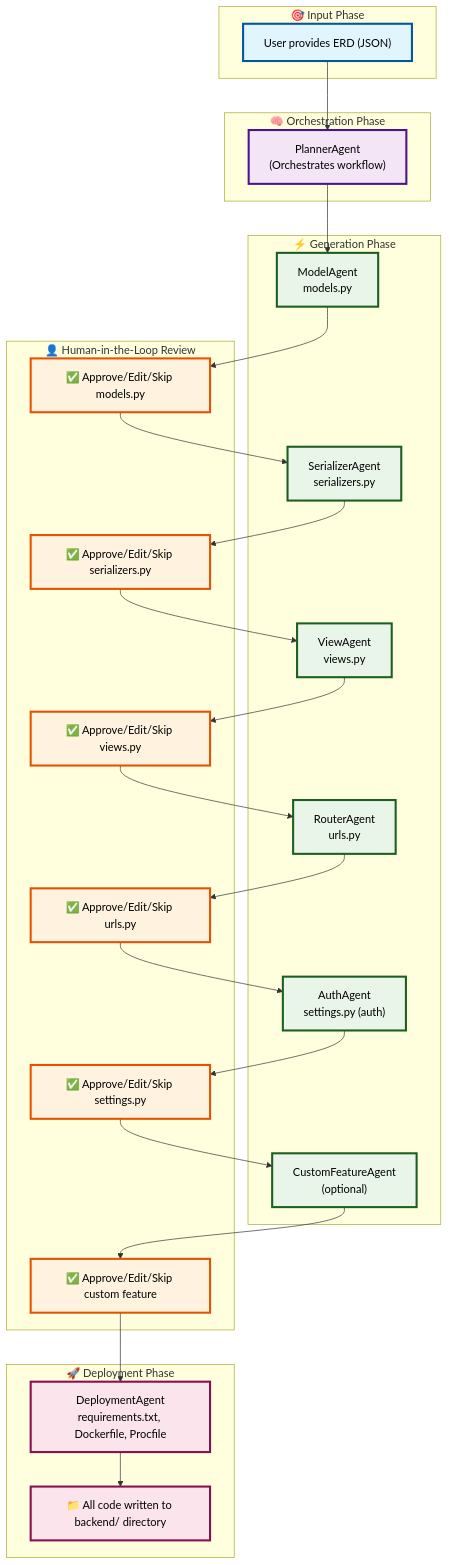
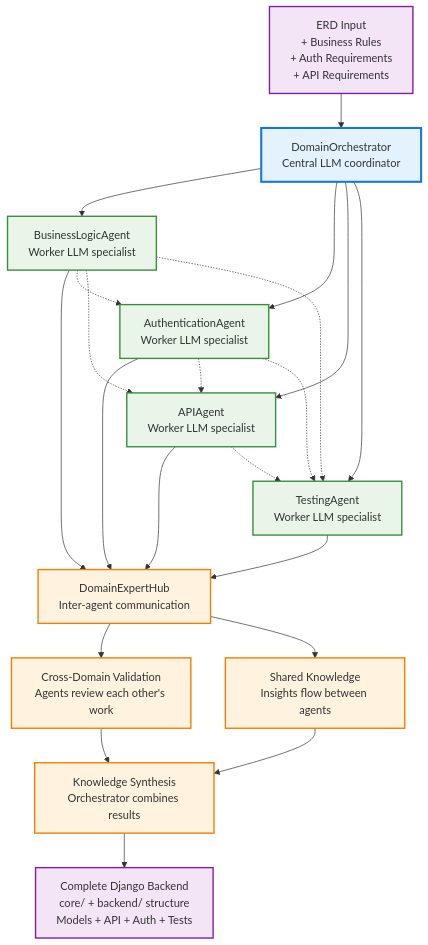
Before and after one commit to MohibShaikh/Agentic-Django-Backend-Generator: the diagram in README.md, drawn with Mermaid. The commit also changed other lines of this file and 26 other files, not shown here.

First line of the commit message:
Complete multi-agent system implementation with 4 specialized agents

````diff
--- a/README.md
+++ b/README.md
@@ -178,55 +228,41 @@
 ```mermaid
-flowchart TD
-    subgraph Input["🎯 Input Phase"]
-        A["User provides ERD (JSON)"]
-    end
-
-    subgraph Orchestration["🧠 Orchestration Phase"]
-        B["PlannerAgent<br/>(Orchestrates workflow)"]
-    end
-
-    subgraph Generation["⚡ Generation Phase"]
-        C1["ModelAgent<br/>models.py"]
-        C2["SerializerAgent<br/>serializers.py"]
-        C3["ViewAgent<br/>views.py"]
-        C4["RouterAgent<br/>urls.py"]
-        C5["AuthAgent<br/>settings.py (auth)"]
-        C6["CustomFeatureAgent<br/>(optional)"]
-    end
-
-    subgraph HITL_Review["👤 Human-in-the-Loop Review"]
-        D1["✅ Approve/Edit/Skip models.py"]
-        D2["✅ Approve/Edit/Skip serializers.py"]
-        D3["✅ Approve/Edit/Skip views.py"]
-        D4["✅ Approve/Edit/Skip urls.py"]
-        D5["✅ Approve/Edit/Skip settings.py"]
-        D6["✅ Approve/Edit/Skip custom feature"]
-    end
-
-    subgraph Deployment["🚀 Deployment Phase"]
-        E["DeploymentAgent<br/>requirements.txt, Dockerfile, Procfile"]
-        F["📁 All code written to backend/ directory"]
-    end
-
-    A --> B
-    B --> C1 --> D1
-    D1 --> C2 --> D2
-    D2 --> C3 --> D3
-    D3 --> C4 --> D4
-    D4 --> C5 --> D5
-    D5 --> C6 --> D6
-    D6 --> E --> F
-
-    %% Professional Styling with High Contrast
-    classDef inputNode fill:#e1f5fe,stroke:#01579b,stroke-width:3px,color:#000;
-    classDef orchestrationNode fill:#f3e5f5,stroke:#4a148c,stroke-width:3px,color:#000;
-    classDef agentNode fill:#e8f5e8,stroke:#1b5e20,stroke-width:3px,color:#000;
-    classDef hitlNode fill:#fff3e0,stroke:#e65100,stroke-width:3px,color:#000;
-    classDef deployNode fill:#fce4ec,stroke:#880e4f,stroke-width:3px,color:#000;
+graph TD
+    A["ERD Input<br/>+ Business Rules<br/>+ Auth Requirements<br/>+ API Requirements"] --> B["DomainOrchestrator<br/>Central LLM coordinator"]
     
-    class A inputNode;
-    class B orchestrationNode;
-    class C1,C2,C3,C4,C5,C6 agentNode;
-    class D1,D2,D3,D4,D5,D6 hitlNode;
-    class E,F deployNode;
+    B --> C["BusinessLogicAgent<br/>Worker LLM specialist"]
+    B --> D["AuthenticationAgent<br/>Worker LLM specialist"]
+    B --> E["APIAgent<br/>Worker LLM specialist"]
+    B --> F["TestingAgent<br/>Worker LLM specialist"]
+    
+    C --> G["DomainExpertHub<br/>Inter-agent communication"]
+    D --> G
+    E --> G
+    F --> G
+    
+    G --> H["Cross-Domain Validation<br/>Agents review each other's work"]
+    G --> I["Shared Knowledge<br/>Insights flow between agents"]
+    
+    H --> J["Knowledge Synthesis<br/>Orchestrator combines results"]
+    I --> J
+    
+    J --> K["Complete Django Backend<br/>core/ + backend/ structure<br/>Models + API + Auth + Tests"]
+    
+    %% Collaboration arrows
+    C -.-> D
+    C -.-> E  
+    C -.-> F
+    D -.-> E
+    D -.-> F
+    E -.-> F
+    
+    %% Styling
+    classDef orchestrator fill:#e3f2fd,stroke:#1976d2,stroke-width:3px
+    classDef workers fill:#e8f5e8,stroke:#388e3c,stroke-width:2px
+    classDef communication fill:#fff3e0,stroke:#f57c00,stroke-width:2px
+    classDef output fill:#f3e5f5,stroke:#7b1fa2,stroke-width:2px
+    
+    class B orchestrator
+    class C,D,E,F workers
+    class G,H,I,J communication
+    class A,K output
 ```
````
